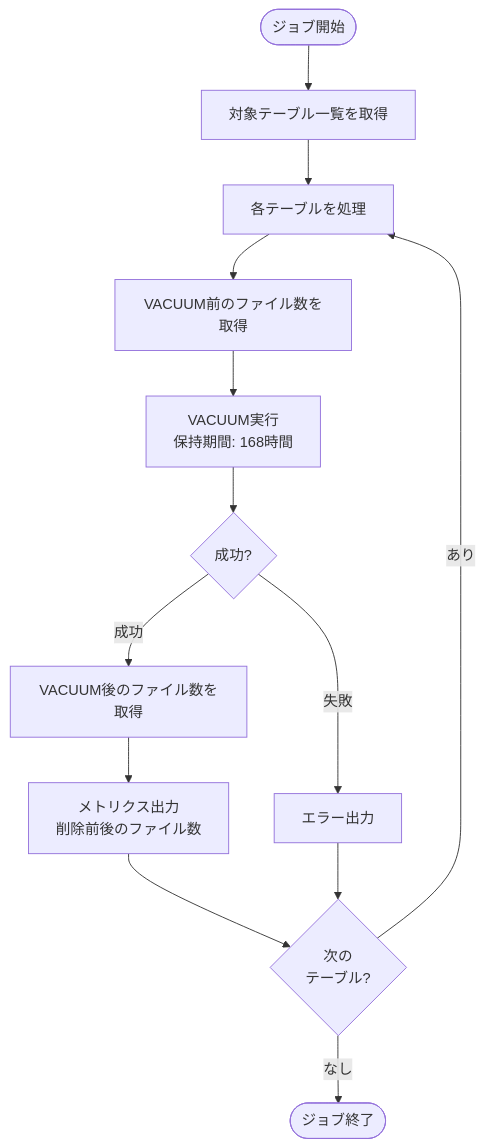
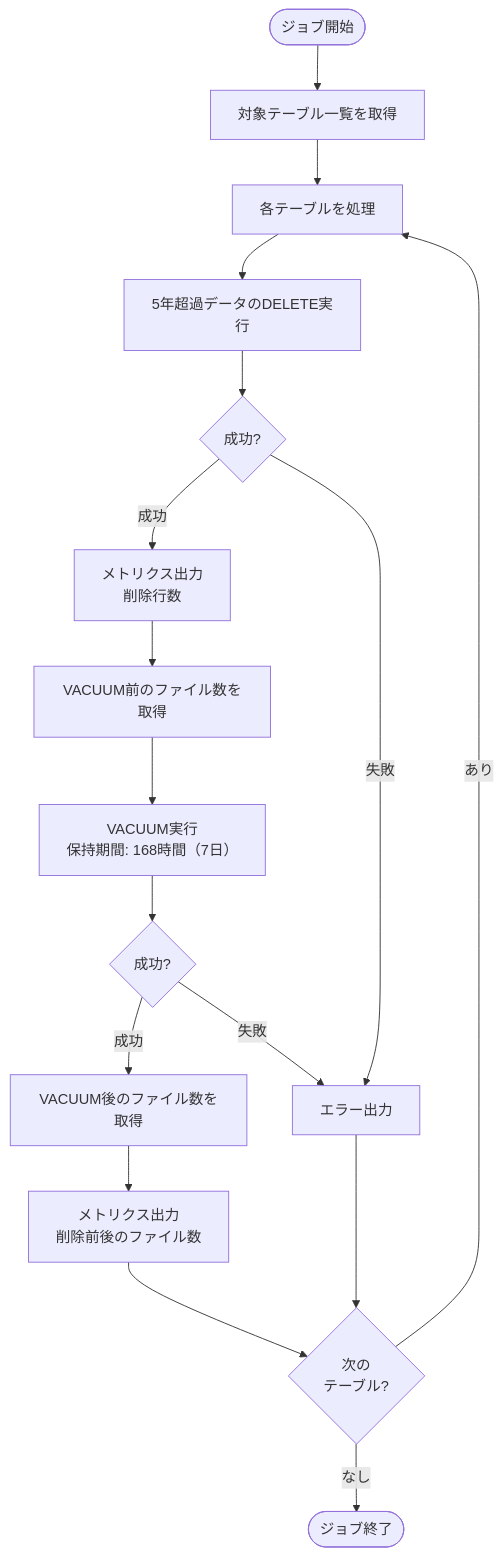
One commit to NSW-SVCP-AIWG002/Databricks-IoT changed the second of 5 diagrams in docs/03-features/batch/optimization/job-specification.md. Above: the diagram before and after it, drawn with Mermaid. The commit also changed other lines of this file and 9 other files, not shown here.

````diff
--- a/docs/03-features/batch/optimization/job-specification.md
+++ b/docs/03-features/batch/optimization/job-specification.md
@@ -500,19 +180,25 @@
 ```mermaid
 flowchart TD
     Start([ジョブ開始]) --> GetTables[対象テーブル一覧を取得]
     GetTables --> Loop[各テーブルを処理]
 
-    Loop --> Before[VACUUM前のファイル数を取得]
-    Before --> Vacuum[VACUUM実行<br>保持期間: 168時間]
-    Vacuum --> Result{成功?}
+    Loop --> Delete[5年超過データのDELETE実行]
+    Delete --> DeleteResult{成功?}
 
-    Result -->|成功| After[VACUUM後のファイル数を取得]
+    DeleteResult -->|成功| DeleteMetrics[メトリクス出力<br>削除行数]
+    DeleteResult -->|失敗| Error[エラー出力]
+
+    DeleteMetrics --> Before[VACUUM前のファイル数を取得]
+    Before --> Vacuum[VACUUM実行<br>保持期間: 168時間（7日）]
+    Vacuum --> VacuumResult{成功?}
+
+    VacuumResult -->|成功| After[VACUUM後のファイル数を取得]
     After --> Metrics[メトリクス出力<br>削除前後のファイル数]
-    Result -->|失敗| Error[エラー出力]
+    VacuumResult -->|失敗| Error
 
     Metrics --> Next{次の<br>テーブル?}
     Error --> Next
 
     Next -->|あり| Loop
     Next -->|なし| End([ジョブ終了])
 ```
````
